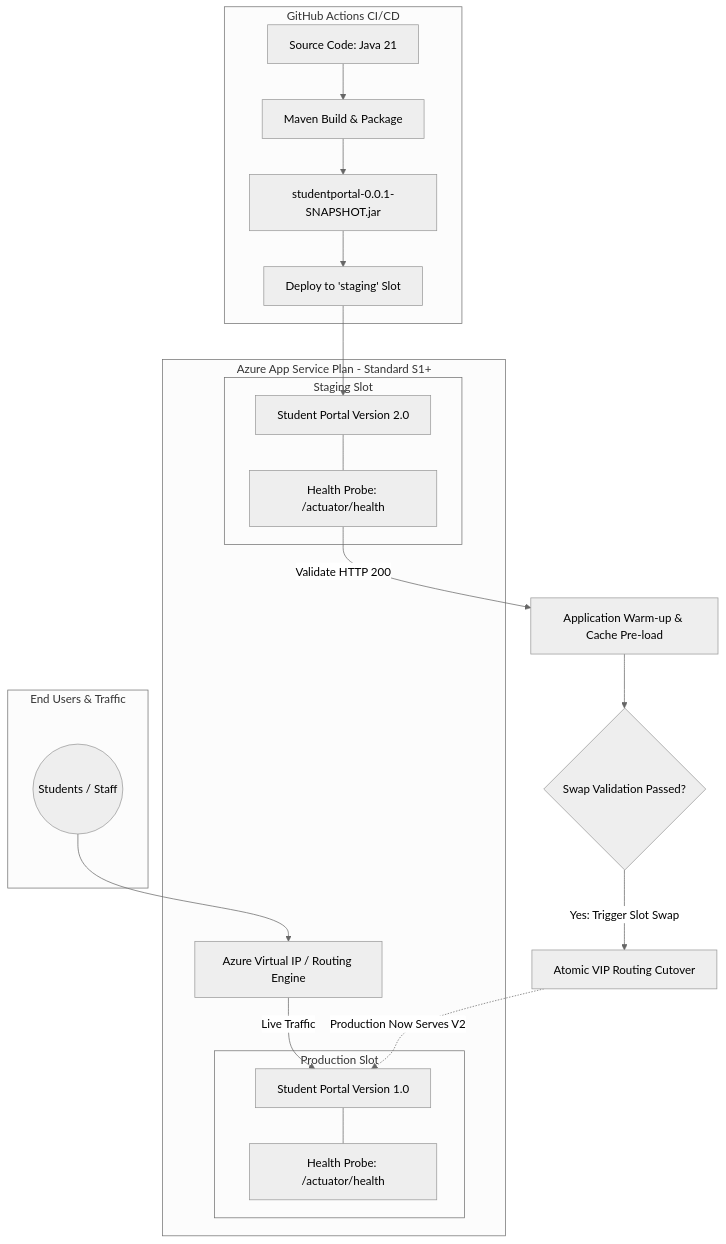
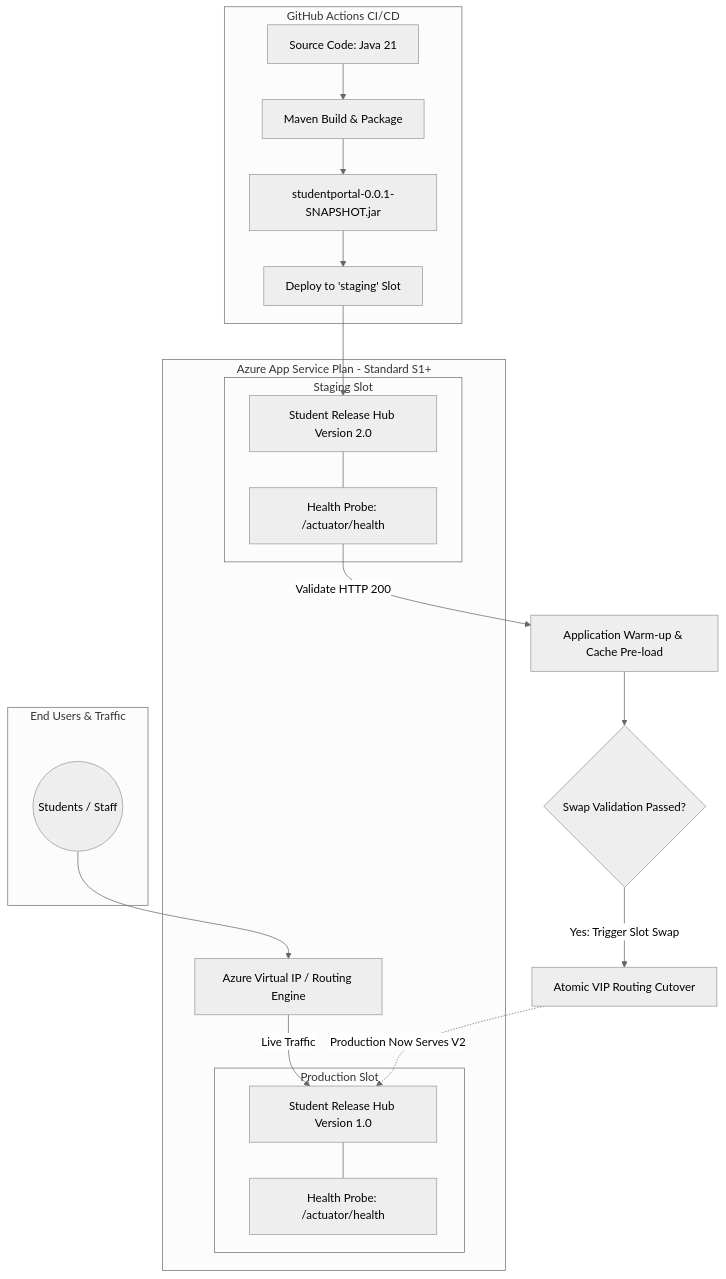
Before and after one commit to jyothika1537/azure-student-portal: the diagram in docs/AZURE_DEPLOYMENT_SLOTS_GUIDE.md, drawn with Mermaid (neutral theme). The commit also changed other lines of this file and 11 other files, not shown here.

Commit message:
Finalize Student Release Hub deployment

````diff
--- a/docs/AZURE_DEPLOYMENT_SLOTS_GUIDE.md
+++ b/docs/AZURE_DEPLOYMENT_SLOTS_GUIDE.md
@@ -14,35 +14,35 @@
 ```mermaid
 flowchart TD
     subgraph CI_CD [GitHub Actions CI/CD]
         Code[Source Code: Java 21] --> Build[Maven Build & Package]
         Build --> Artifact[studentportal-0.0.1-SNAPSHOT.jar]
         Artifact --> DeployStaging[Deploy to 'staging' Slot]
     end
 
     subgraph Azure [Azure App Service Plan - Standard S1+]
         subgraph StagingSlot [Staging Slot]
-            StagingApp[Student Portal Version 2.0]
+            StagingApp[Student Release Hub Version 2.0]
             StagingHealth[Health Probe: /actuator/health]
             StagingApp --- StagingHealth
         end
 
         subgraph ProdSlot [Production Slot]
-            ProdApp[Student Portal Version 1.0]
+            ProdApp[Student Release Hub Version 1.0]
             ProdHealth[Health Probe: /actuator/health]
             ProdApp --- ProdHealth
         end
 
         Routing[Azure Virtual IP / Routing Engine]
     end
 
     subgraph Users [End Users & Traffic]
         LiveUsers((Students / Staff)) --> Routing
         Routing -->|Live Traffic| ProdApp
     end
 
     DeployStaging --> StagingApp
     StagingHealth -->|Validate HTTP 200| Warmup[Application Warm-up & Cache Pre-load]
     Warmup --> SwapEngine{Swap Validation Passed?}
     SwapEngine -->|Yes: Trigger Slot Swap| SwapAction[Atomic VIP Routing Cutover]
     SwapAction -.->|Production Now Serves V2| ProdApp
 ```
````
